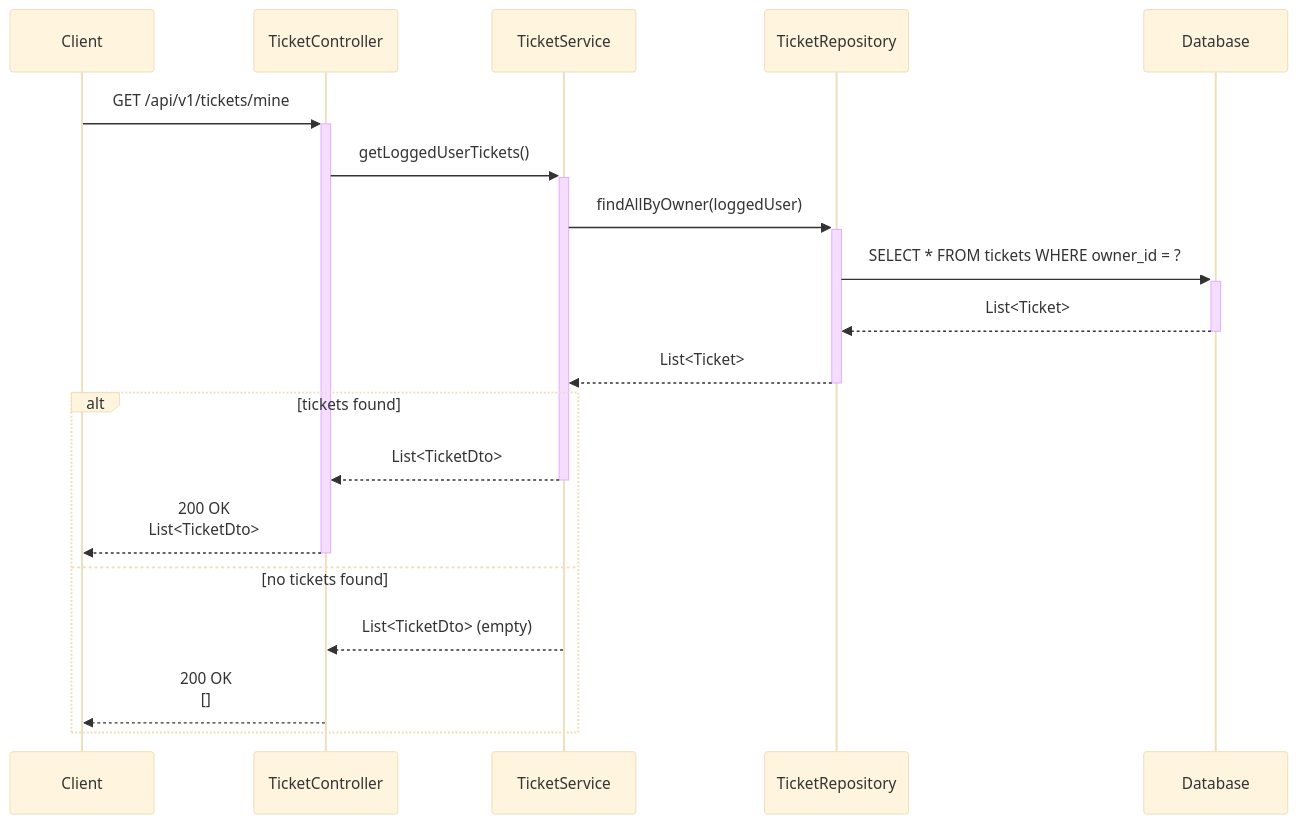
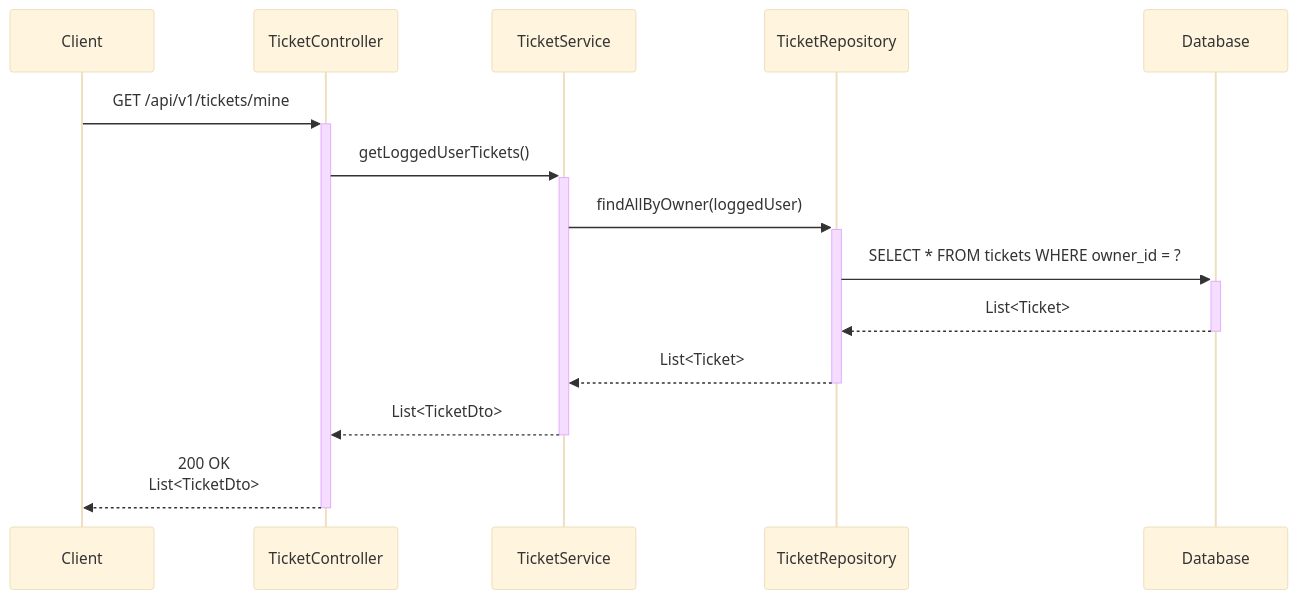
The diagram in docs/diagrams/get-mine-tickets-sequence.mmd (s-lusito/TicketBlock-Ing_Sw), drawn with Mermaid (base theme) before and after one commit. The commit also changed 1 other file, not shown here.

Commit message:
Fix misleading else blocks in list endpoints - empty lists are success cases

```diff
--- a/docs/diagrams/get-mine-tickets-sequence.mmd
+++ b/docs/diagrams/get-mine-tickets-sequence.mmd
@@ -1,21 +1,15 @@
 sequenceDiagram
     participant Client
     participant TicketController
     participant TicketService
     participant TicketRepository
     participant Database
 
     Client->>+TicketController: GET /api/v1/tickets/mine
     TicketController->>+TicketService: getLoggedUserTickets()
     TicketService->>+TicketRepository: findAllByOwner(loggedUser)
     TicketRepository->>+Database: SELECT * FROM tickets WHERE owner_id = ?
     Database-->>-TicketRepository: List<Ticket>
     TicketRepository-->>-TicketService: List<Ticket>
-    
-    alt tickets found
-        TicketService-->>-TicketController: List<TicketDto>
-        TicketController-->>-Client: 200 OK<br/>List<TicketDto>
-    else no tickets found
-        TicketService-->>TicketController: List<TicketDto> (empty)
-        TicketController-->>Client: 200 OK<br/>[]
-    end
+    TicketService-->>-TicketController: List<TicketDto>
+    TicketController-->>-Client: 200 OK<br/>List<TicketDto>
```
